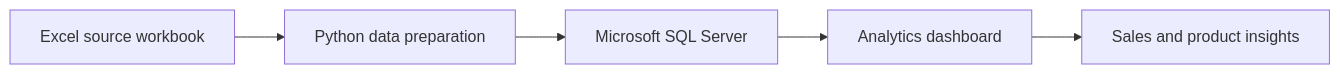
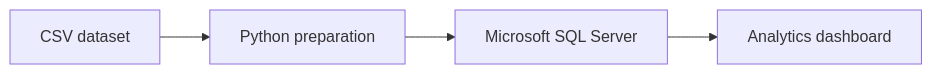
The diagram in README.md (Kimovx/e-commerce-sales-analytics), drawn with Mermaid before and after one commit. The commit also changed other lines of this file and 10 other files, not shown here.

Commit message:
Add Python ETL, compressed dataset, icons, and setup guide

````diff
--- a/README.md
+++ b/README.md
@@ -23,7 +19,6 @@
 ```mermaid
 flowchart LR
-    A[Excel source workbook] --> B[Python data preparation]
+    A[CSV dataset] --> B[Python preparation]
     B --> C[Microsoft SQL Server]
     C --> D[Analytics dashboard]
-    D --> E[Sales and product insights]
 ```
````
